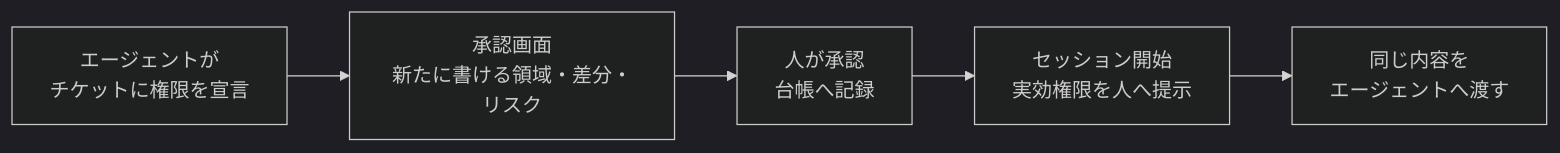
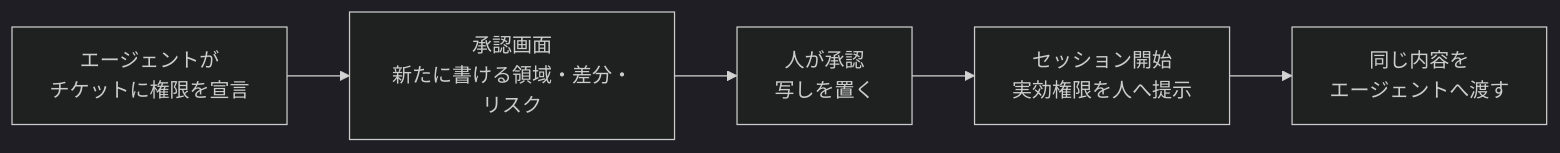
One commit to yuki-matsu783/ccnavi changed the first of 4 diagrams in requirements.md. Above: the diagram before and after it, drawn with Mermaid (dark theme). The commit also changed other lines of this file and 48 other files, not shown here.

````diff
--- a/requirements.md
+++ b/requirements.md
@@ -513,7 +517,7 @@
 ```mermaid
 flowchart LR
   A[エージェントが<br/>チケットに権限を宣言] --> B[承認画面<br/>新たに書ける領域・差分・リスク]
-  B --> C[人が承認<br/>台帳へ記録]
+  B --> C[人が承認<br/>写しを置く]
   C --> D[セッション開始<br/>実効権限を人へ提示]
   D --> E[同じ内容を<br/>エージェントへ渡す]
 ```
````
